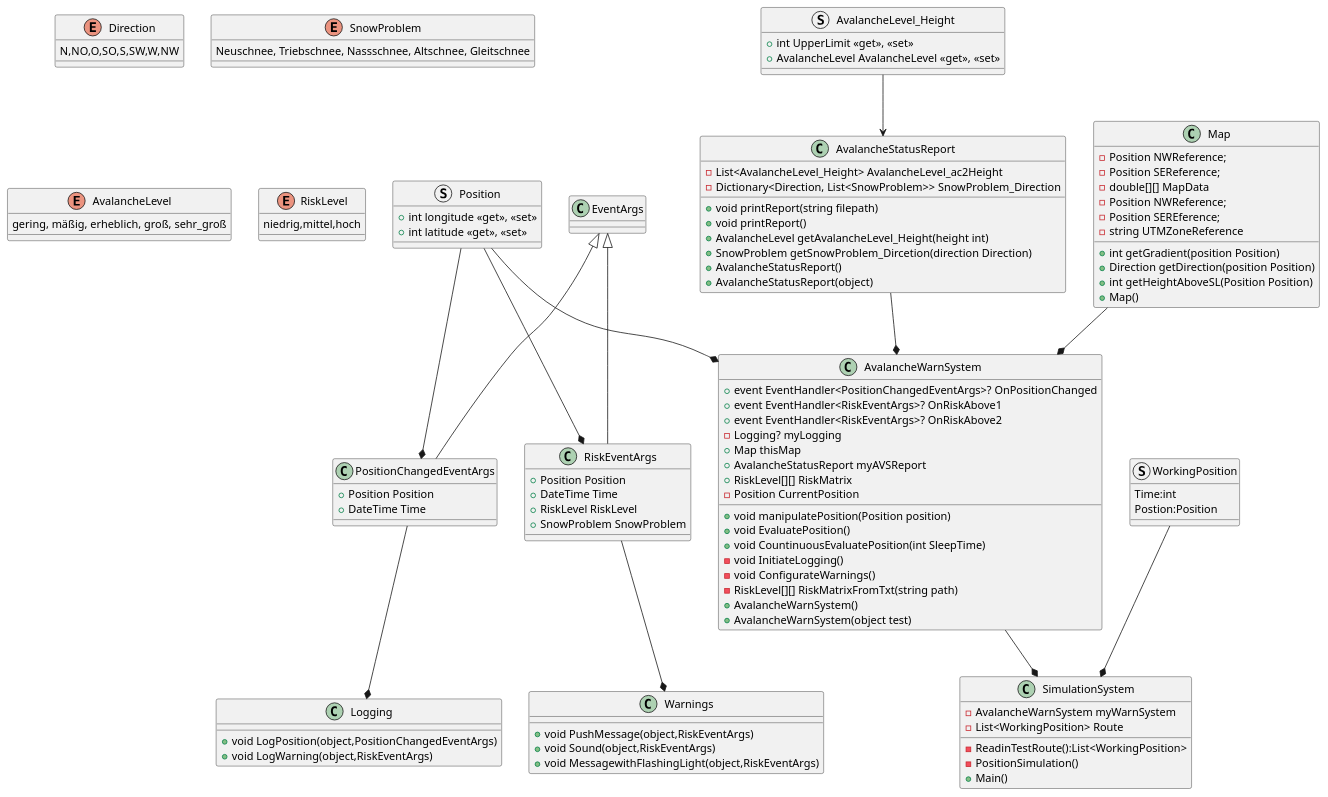
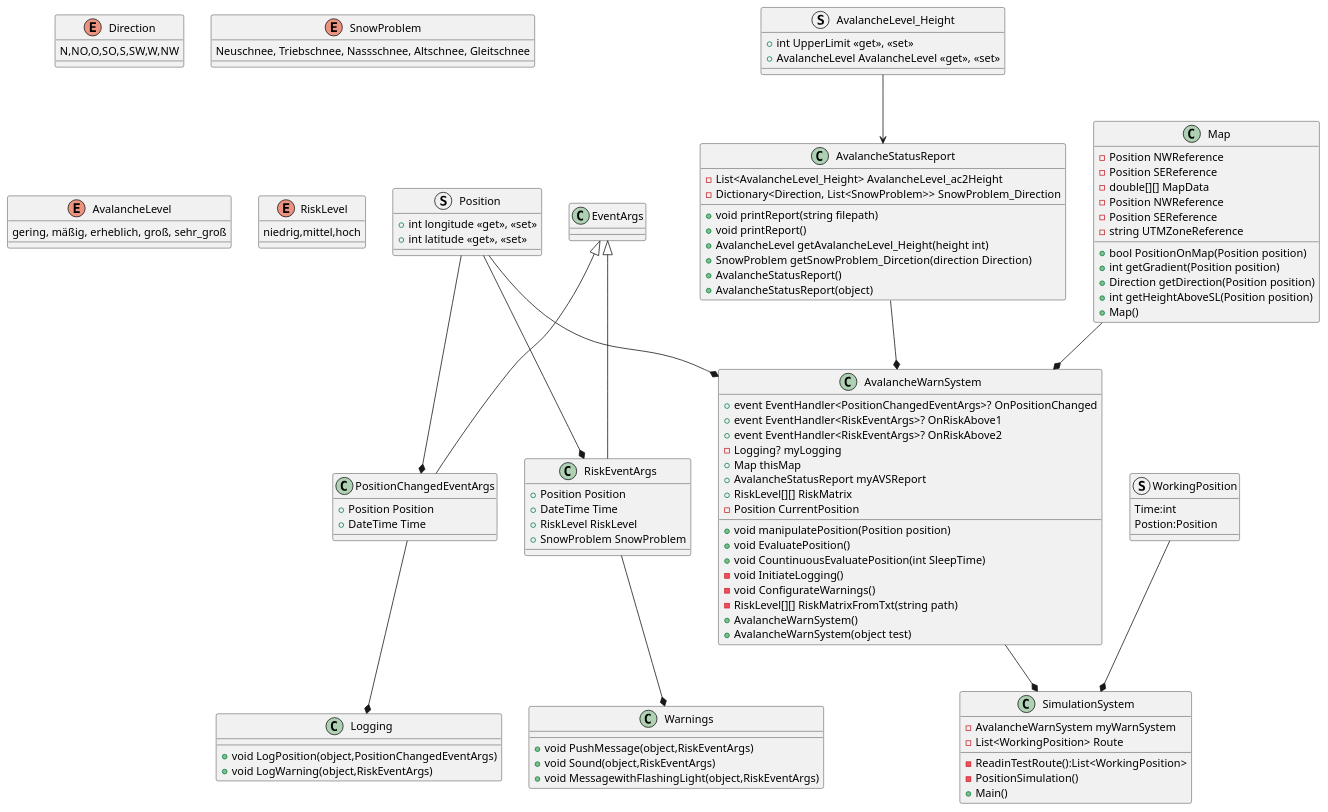
Before and after one commit to ganz-anders/poorgrammar: the diagram in ClassDiagram.puml, drawn with PlantUML.

Commit message:
updating Class Diagram, fixing typos

```diff
--- a/ClassDiagram.puml
+++ b/ClassDiagram.puml
@@ -1,134 +1,135 @@
 @startuml ClassDiagram
 enum Direction
 {
     N,NO,O,SO,S,SW,W,NW
 }
 
 enum SnowProblem
 {
     Neuschnee, Triebschnee, Nassschnee, Altschnee, Gleitschnee
 }
 
 enum AvalancheLevel
 {
     gering, mäßig, erheblich, groß, sehr_groß
 }
 
 enum RiskLevel
 {
     niedrig,mittel,hoch
 }
 
 struct Position
 {
     + int longitude <<get>>, <<set>>
     + int latitude <<get>>, <<set>>
 }
 
 struct AvalancheLevel_Height
 {
     + int UpperLimit <<get>>, <<set>>
     + AvalancheLevel AvalancheLevel <<get>>, <<set>>
 }
 
 class AvalancheStatusReport
 {
     - List<AvalancheLevel_Height> AvalancheLevel_ac2Height
     - Dictionary<Direction, List<SnowProblem>> SnowProblem_Direction
     + void printReport(string filepath)
     + void printReport()
     + AvalancheLevel getAvalancheLevel_Height(height int)
     + SnowProblem getSnowProblem_Dircetion(direction Direction)
     + AvalancheStatusReport()
     + AvalancheStatusReport(object)
 }
 
 class Map
 {
-    - Position NWReference;
-    - Position SEReference;
+    - Position NWReference
+    - Position SEReference
     - double[][] MapData
-    - Position NWReference;
-    - Position SEREference;
+    - Position NWReference
+    - Position SEReference
     - string UTMZoneReference
-    + int getGradient(position Position)
-    + Direction getDirection(position Position)
-    + int getHeightAboveSL(Position Position)
+    + bool PositionOnMap(Position position)
+    + int getGradient(Position position)
+    + Direction getDirection(Position position)
+    + int getHeightAboveSL(Position position)
     + Map()
 }
 
 class Warnings
 {
     + void PushMessage(object,RiskEventArgs)
     + void Sound(object,RiskEventArgs)
     + void MessagewithFlashingLight(object,RiskEventArgs)
 }
 
 class Logging
 {
     + void LogPosition(object,PositionChangedEventArgs)
     + void LogWarning(object,RiskEventArgs)
 }
 
 class PositionChangedEventArgs
 {
     + Position Position
     + DateTime Time
 }
 
 class RiskEventArgs
 {
     + Position Position
     + DateTime Time
     + RiskLevel RiskLevel
     + SnowProblem SnowProblem
 }
 
 class AvalancheWarnSystem
 {
     + event EventHandler<PositionChangedEventArgs>? OnPositionChanged
     + event EventHandler<RiskEventArgs>? OnRiskAbove1
     + event EventHandler<RiskEventArgs>? OnRiskAbove2
     - Logging? myLogging
     + Map thisMap
     + AvalancheStatusReport myAVSReport
     + RiskLevel[][] RiskMatrix
     - Position CurrentPosition 
     + void manipulatePosition(Position position)
     + void EvaluatePosition()
     + void CountinuousEvaluatePosition(int SleepTime)
     - void InitiateLogging()
     - void ConfigurateWarnings()
     - RiskLevel[][] RiskMatrixFromTxt(string path)
     + AvalancheWarnSystem()
     + AvalancheWarnSystem(object test)
 }
 
 struct WorkingPosition
 {
     Time:int
     Postion:Position    
 }
 class SimulationSystem
 {
     - AvalancheWarnSystem myWarnSystem
     - List<WorkingPosition> Route
     - ReadinTestRoute():List<WorkingPosition>
     - PositionSimulation()
     + Main()
 }
 
 RiskEventArgs --* Warnings
 PositionChangedEventArgs --* Logging
 EventArgs <|-- RiskEventArgs
 EventArgs <|-- PositionChangedEventArgs
 AvalancheLevel_Height --> AvalancheStatusReport
 Position --* RiskEventArgs
 Position --* PositionChangedEventArgs
 Position --* AvalancheWarnSystem
 AvalancheStatusReport --* AvalancheWarnSystem
 Map --* AvalancheWarnSystem
 AvalancheWarnSystem --* SimulationSystem
 WorkingPosition --* SimulationSystem
 
 @enduml
```
